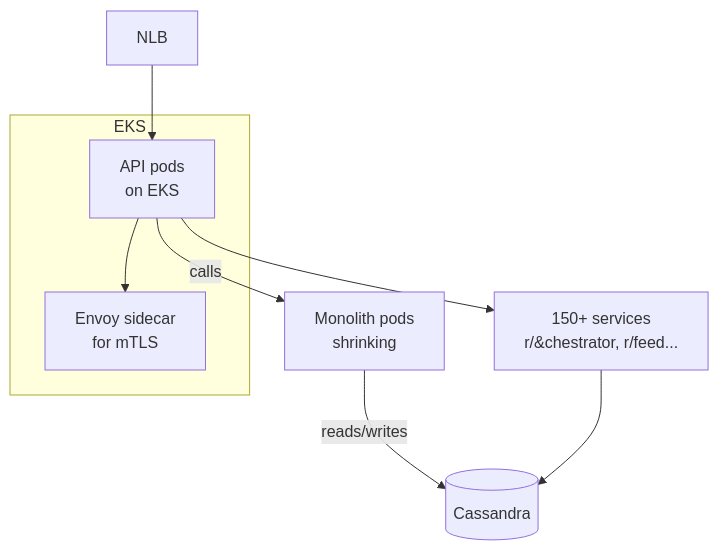
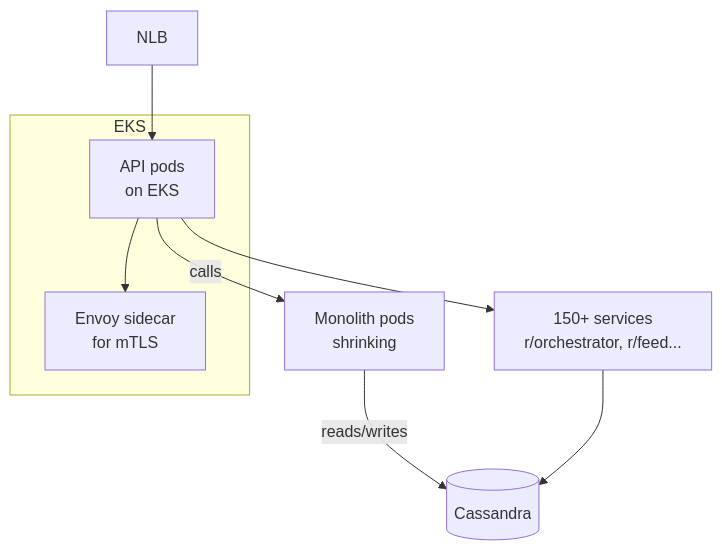
The diagram in 17-company-cases/reddit.md (WhoisMonesh/K8S-Everything), drawn with Mermaid before and after one commit. The commit also changed 78 other files, not shown here.

First line of the commit message:
Fix all Mermaid diagram syntax issues (96 diagrams, 75 files)

````diff
--- a/17-company-cases/reddit.md
+++ b/17-company-cases/reddit.md
@@ -24,11 +24,11 @@
 ```mermaid
 graph TD
     LB[NLB] --> API[API pods<br/>on EKS]
     API -->|"calls"| Monolith[Monolith pods<br/>shrinking]
-    API --> Services[150+ services<br/>r/&chestrator, r/feed...]
+    API --> Services[150+ services<br/>r/orchestrator, r/feed...]
     Monolith -->|"reads/writes"| DB[(Cassandra)]
     Services --> DB
     subgraph EKS
         API --> Side[Envoy sidecar<br/>for mTLS]
     end
 ```
````
